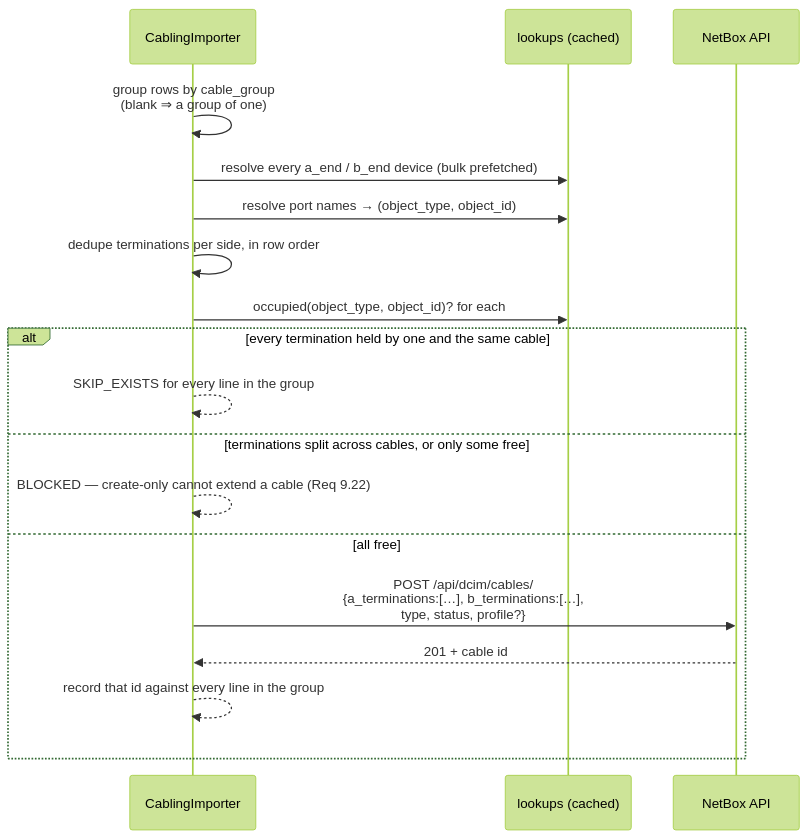
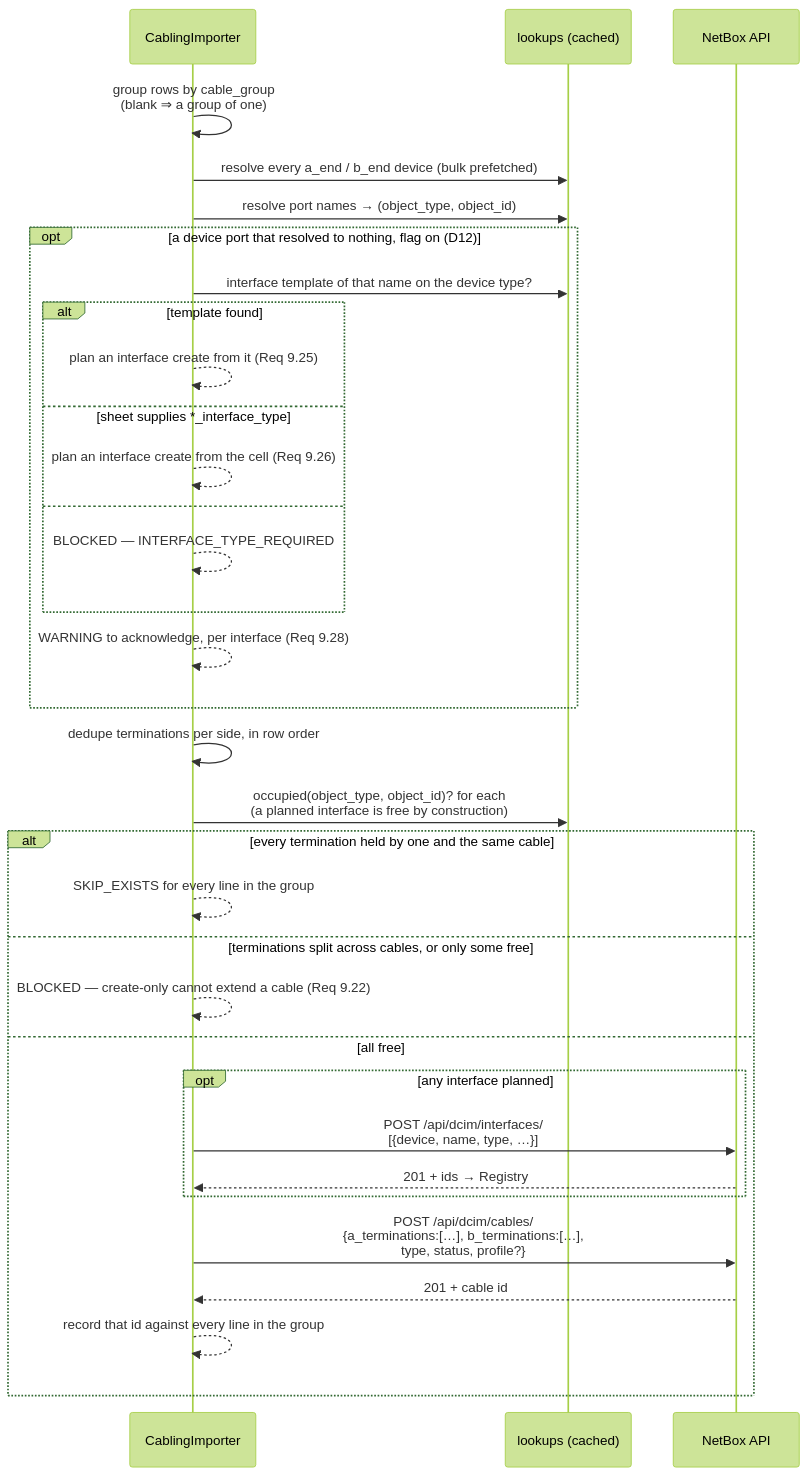
The fourth of 4 diagrams in .kiro/specs/netbox-bulk-provisioning/design.md (kangxin-liu/netbox-tool-kits), drawn with Mermaid (forest theme) before and after one commit. The commit also changed other lines of this file and 31 other files, not shown here.

````diff
--- a/.kiro/specs/netbox-bulk-provisioning/design.md
+++ b/.kiro/specs/netbox-bulk-provisioning/design.md
@@ -828,21 +891,36 @@
 ```mermaid
 sequenceDiagram
     participant I as CablingImporter
     participant L as lookups (cached)
     participant NB as NetBox API
 
     I->>I: group rows by cable_group<br/>(blank ⇒ a group of one)
     I->>L: resolve every a_end / b_end device (bulk prefetched)
     I->>L: resolve port names → (object_type, object_id)
+    opt a device port that resolved to nothing, flag on (D12)
+        I->>L: interface template of that name on the device type?
+        alt template found
+            I-->>I: plan an interface create from it (Req 9.25)
+        else sheet supplies *_interface_type
+            I-->>I: plan an interface create from the cell (Req 9.26)
+        else
+            I-->>I: BLOCKED — INTERFACE_TYPE_REQUIRED
+        end
+        I-->>I: WARNING to acknowledge, per interface (Req 9.28)
+    end
     I->>I: dedupe terminations per side, in row order
-    I->>L: occupied(object_type, object_id)? for each
+    I->>L: occupied(object_type, object_id)? for each<br/>(a planned interface is free by construction)
     alt every termination held by one and the same cable
         I-->>I: SKIP_EXISTS for every line in the group
     else terminations split across cables, or only some free
         I-->>I: BLOCKED — create-only cannot extend a cable (Req 9.22)
     else all free
+        opt any interface planned
+            I->>NB: POST /api/dcim/interfaces/<br/>[{device, name, type, …}]
+            NB-->>I: 201 + ids → Registry
+        end
         I->>NB: POST /api/dcim/cables/<br/>{a_terminations:[…], b_terminations:[…],<br/> type, status, profile?}
         NB-->>I: 201 + cable id
         I-->>I: record that id against every line in the group
     end
 ```
````
